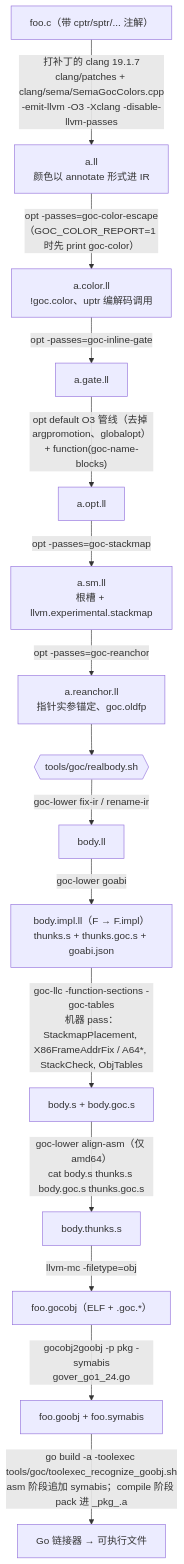
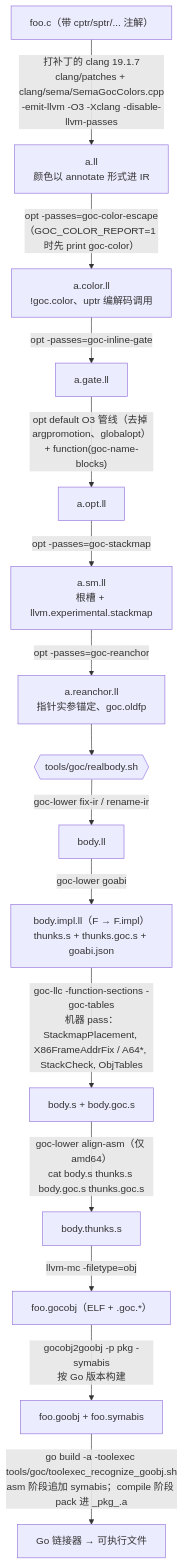
One commit to LoyieKing/goc changed the diagram in docs/engineering/01-overview.md. Above: the diagram before and after it, drawn with Mermaid. The commit also changed other lines of this file and 6 other files, not shown here.

````diff
--- a/docs/engineering/01-overview.md
+++ b/docs/engineering/01-overview.md
@@ -38,17 +38,17 @@
 ```mermaid
 flowchart TD
   A["foo.c（带 cptr/sptr/... 注解）"] -->|"打补丁的 clang 19.1.7<br/>clang/patches + clang/sema/SemaGocColors.cpp<br/>-emit-llvm -O3 -Xclang -disable-llvm-passes"| B["a.ll<br/>颜色以 annotate 形式进 IR"]
   B -->|"opt -passes=goc-color-escape<br/>（GOC_COLOR_REPORT=1 时先 print goc-color）"| C["a.color.ll<br/>!goc.color、uptr 编解码调用"]
   C -->|"opt -passes=goc-inline-gate"| D["a.gate.ll"]
   D -->|"opt default O3 管线（去掉 argpromotion、globalopt）<br/>+ function(goc-name-blocks)"| E["a.opt.ll"]
   E -->|"opt -passes=goc-stackmap"| F["a.sm.ll<br/>根槽 + llvm.experimental.stackmap"]
   F -->|"opt -passes=goc-reanchor"| G["a.reanchor.ll<br/>指针实参锚定、goc.oldfp"]
   G --> RB{{"tools/goc/realbody.sh"}}
   RB -->|"goc-lower fix-ir / rename-ir"| H["body.ll"]
   H -->|"goc-lower goabi"| I["body.impl.ll（F → F.impl）<br/>thunks.s + thunks.goc.s + goabi.json"]
   I -->|"goc-llc -function-sections -goc-tables<br/>机器 pass：StackmapPlacement, X86FrameAddrFix / A64*, StackCheck, ObjTables"| J["body.s + body.goc.s"]
   J -->|"goc-lower align-asm（仅 amd64）<br/>cat body.s thunks.s body.goc.s thunks.goc.s"| K["body.thunks.s"]
   K -->|"llvm-mc -filetype=obj"| L["foo.gocobj（ELF + .goc.*）"]
-  L -->|"gocobj2goobj -p pkg -symabis<br/>gover_go1_24.go"| M["foo.goobj + foo.symabis"]
+  L -->|"gocobj2goobj -p pkg -symabis<br/>按 Go 版本构建"| M["foo.goobj + foo.symabis"]
   M -->|"go build -a -toolexec tools/goc/toolexec_recognize_goobj.sh<br/>asm 阶段追加 symabis；compile 阶段 pack 进 _pkg_.a"| N["Go 链接器 → 可执行文件"]
 ```
````
